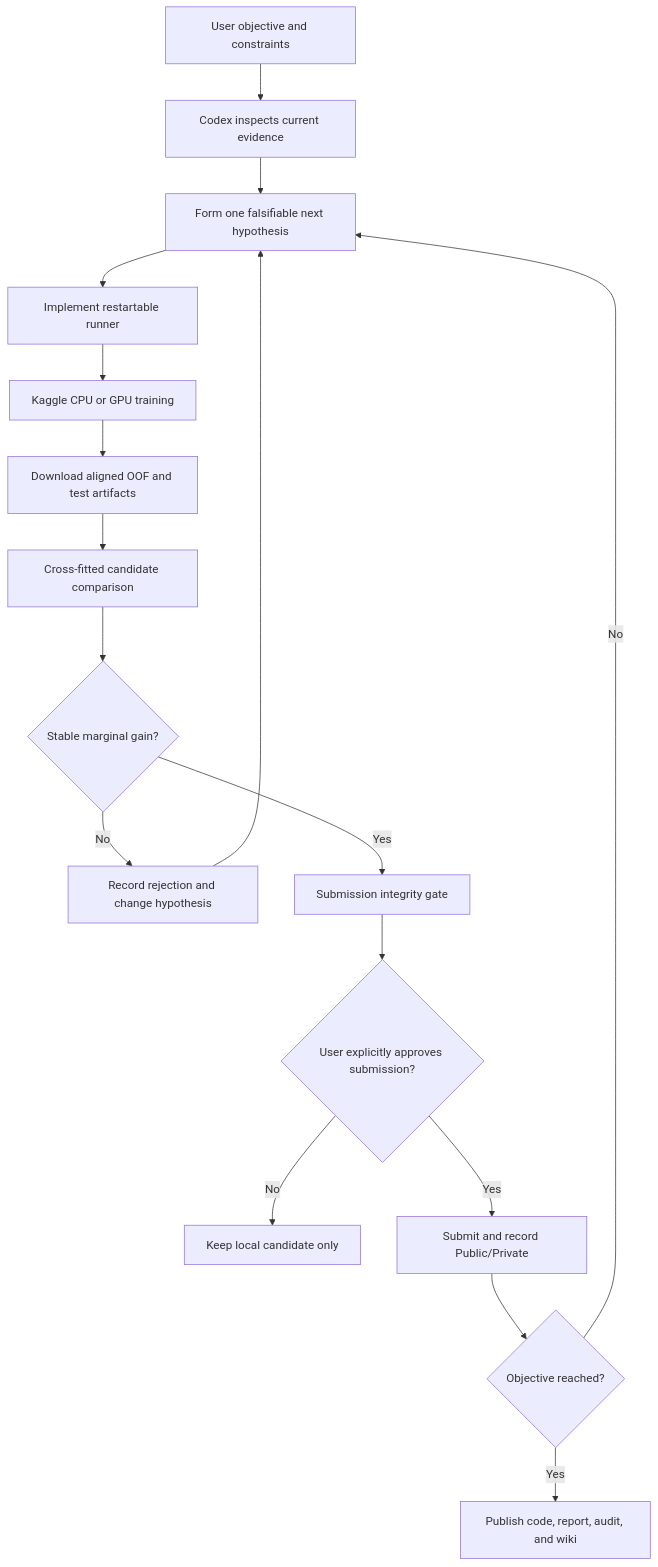
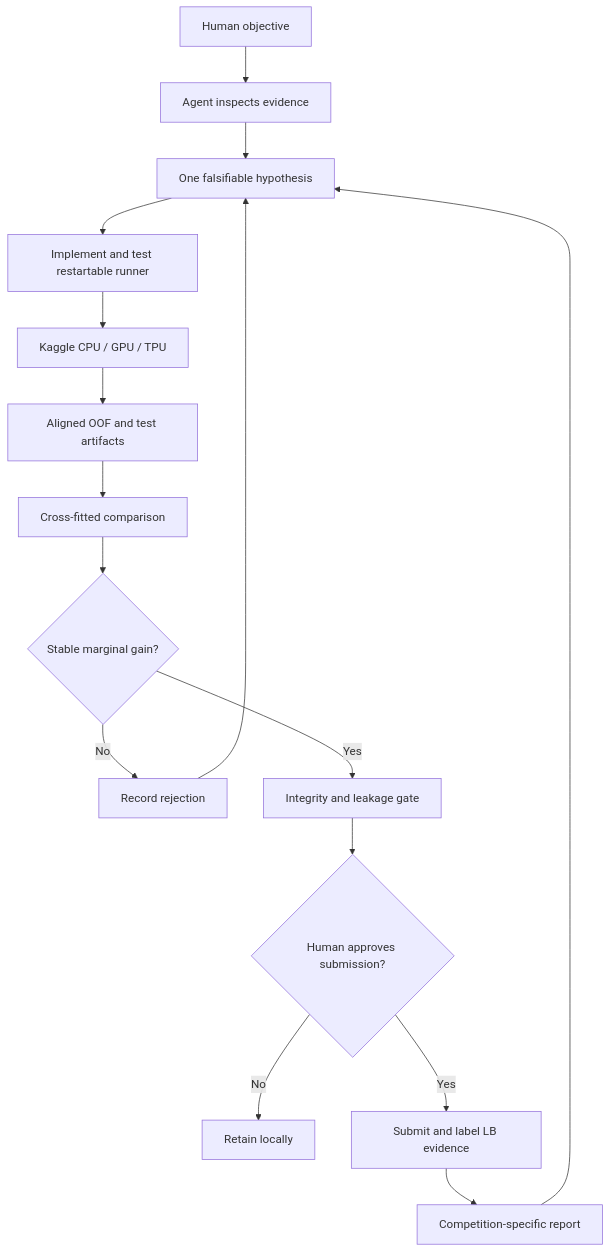
Before and after one commit to BlockFrame/antigravity-kaggle-arena: the diagram in docs/wiki/01-mission-and-architecture.md, drawn with Mermaid. The commit also changed other lines of this file and 11 other files, not shown here.

````diff
--- a/docs/wiki/01-mission-and-architecture.md
+++ b/docs/wiki/01-mission-and-architecture.md
@@ -20,19 +17,18 @@
 ```mermaid
 flowchart TD
-    U[User objective and constraints] --> I[Codex inspects current evidence]
-    I --> H[Form one falsifiable next hypothesis]
-    H --> R[Implement restartable runner]
-    R --> K[Kaggle CPU or GPU training]
-    K --> A[Download aligned OOF and test artifacts]
-    A --> C[Cross-fitted candidate comparison]
+    U[Human objective] --> I[Agent inspects evidence]
+    I --> H[One falsifiable hypothesis]
+    H --> R[Implement and test restartable runner]
+    R --> K[Kaggle CPU / GPU / TPU]
+    K --> A[Aligned OOF and test artifacts]
+    A --> C[Cross-fitted comparison]
     C --> D{Stable marginal gain?}
-    D -- No --> X[Record rejection and change hypothesis]
-    D -- Yes --> G[Submission integrity gate]
-    G --> P{User explicitly approves submission?}
-    P -- No --> W[Keep local candidate only]
-    P -- Yes --> S[Submit and record Public/Private]
-    S --> T{Objective reached?}
-    T -- No --> H
-    T -- Yes --> O[Publish code, report, audit, and wiki]
+    D -- No --> X[Record rejection]
+    D -- Yes --> G[Integrity and leakage gate]
+    G --> P{Human approves submission?}
+    P -- No --> W[Retain locally]
+    P -- Yes --> S[Submit and label LB evidence]
+    S --> N[Competition-specific report]
     X --> H
+    N --> H
 ```
````
